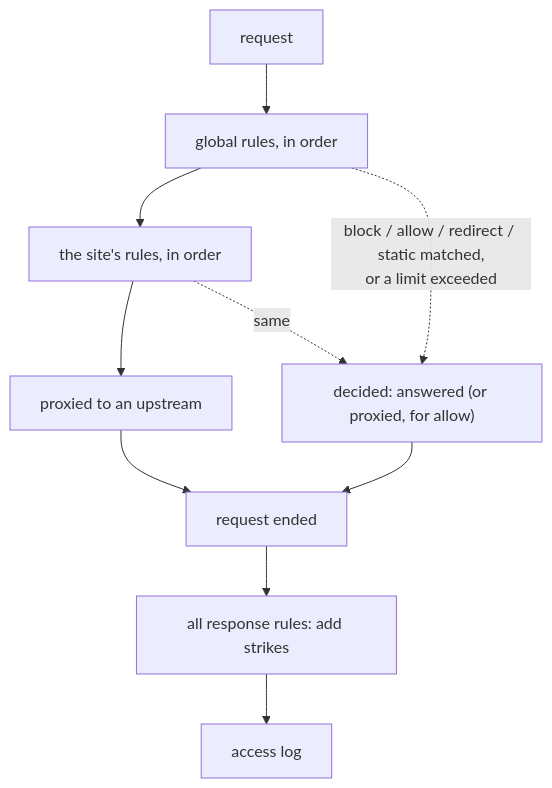
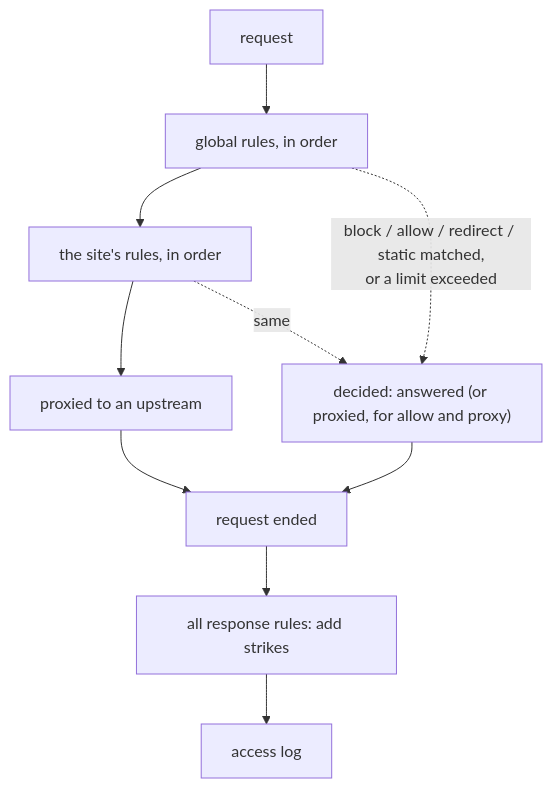
One commit to binwiederhier/ntlb changed diagram 12 of 14 in docs/configuration.md. Above: the diagram before and after it, drawn with Mermaid. The commit also changed other lines of this file and 37 other files, not shown here.

````diff
--- a/docs/configuration.md
+++ b/docs/configuration.md
@@ -459,12 +534,12 @@
 ```mermaid
 flowchart TD
     req["request"] --> g["global rules, in order"]
     g --> s["the site's rules, in order"]
     s --> proxy["proxied to an upstream"]
-    g -. "block / allow / redirect / static matched,<br>or a limit exceeded" .-> decided["decided: answered (or proxied, for allow)"]
+    g -. "block / allow / redirect / static matched,<br>or a limit exceeded" .-> decided["decided: answered (or proxied, for allow and proxy)"]
     s -. same .-> decided
     proxy --> ended["request ended"]
     decided --> ended
     ended --> resp["all response rules: add strikes"]
     resp --> log["access log"]
 ```
````
